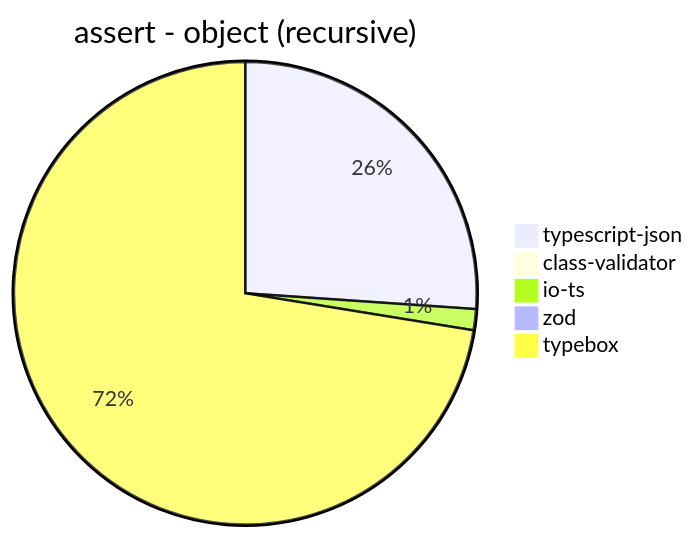
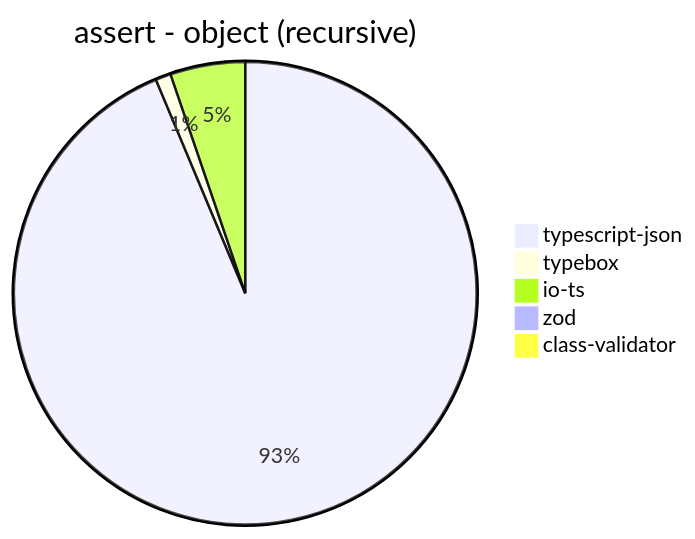
One commit to samchon/typia changed the tenth of 39 diagrams in benchmark/results/AMD Ryzen 7 3700X 8-Core Processor.md. Above: the diagram before and after it, drawn with Mermaid. The commit also changed other lines of this file and 10 other files, not shown here.

````diff
--- a/benchmark/results/AMD Ryzen 7 3700X 8-Core Processor.md
+++ b/benchmark/results/AMD Ryzen 7 3700X 8-Core Processor.md
@@ -136,8 +144,8 @@
 ```mermaid
 pie title assert - object (recursive)
-  "typescript-json": 24031.191632424354
-  "class-validator": 32.335550628233555
-  "io-ts": 1353.2538955087075
-  "zod": 57.20218991882198
-  "typebox": 66719.12315095348
+  "typescript-json": 22013.117143377665
+  "typebox": 251.82083029861616
+  "io-ts": 1229.7396406307298
+  "zod": 56.06407322654462
+  "class-validator": 31.244118200639942
 ```
````
